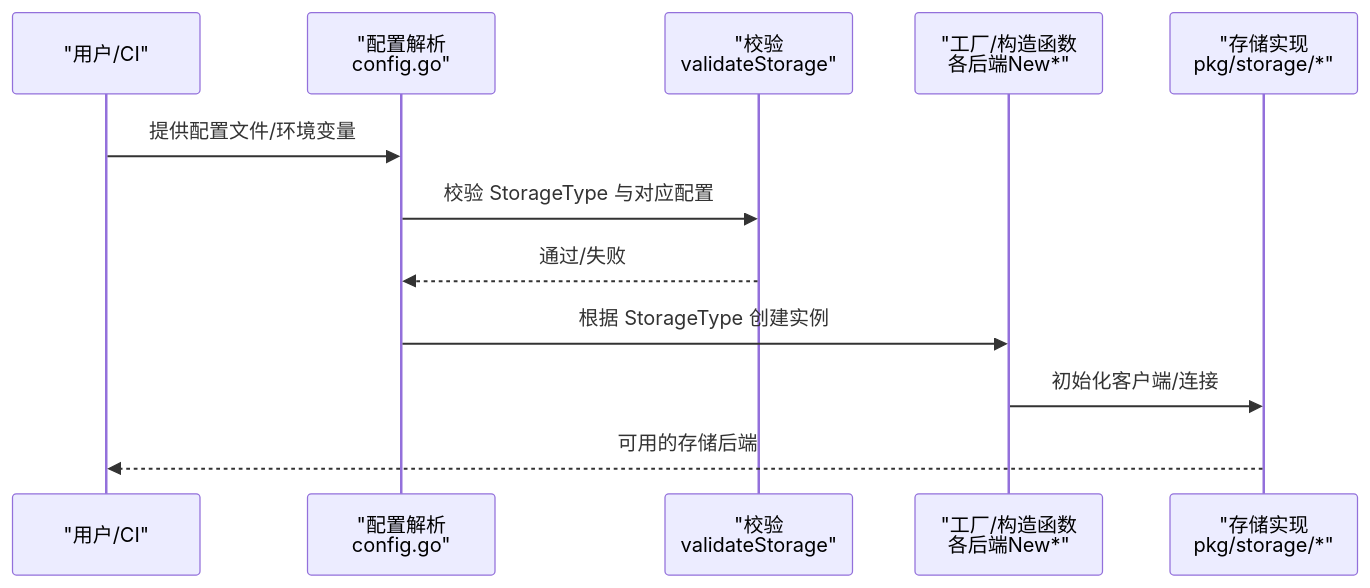
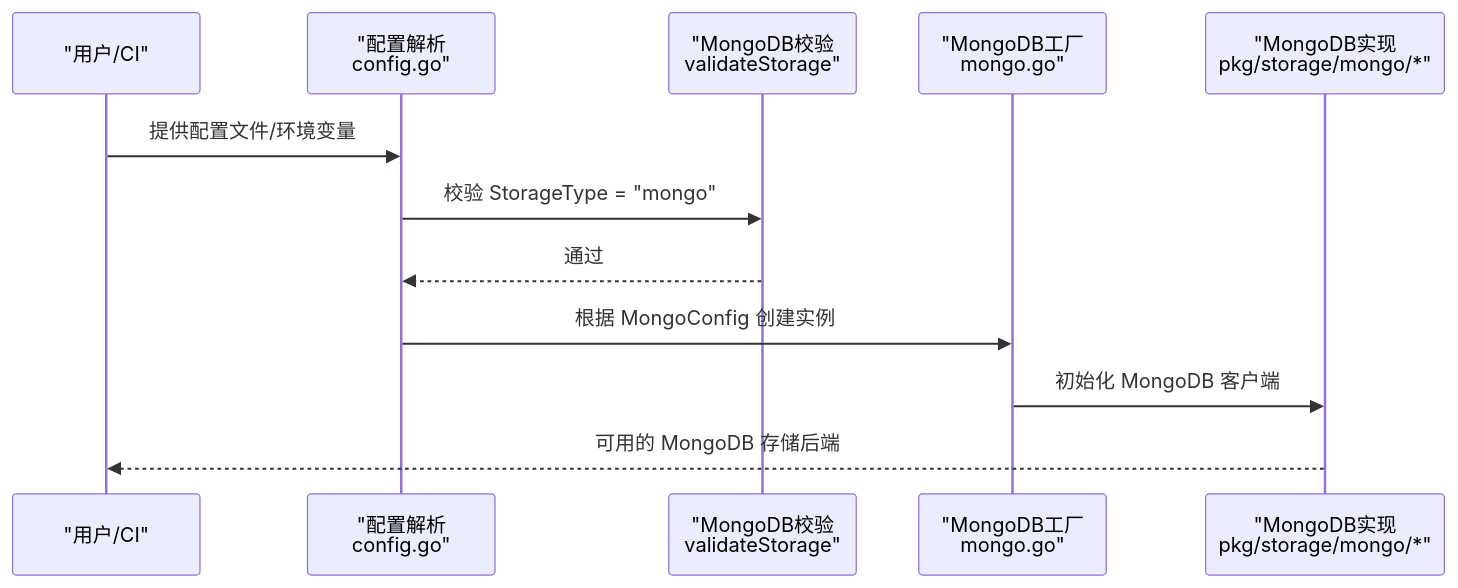
One commit to leimeng-go/athens changed the second of 4 diagrams in .qoder/repowiki/zh/content/配置参考/存储后端配置/存储后端配置.md. Above: the diagram before and after it, drawn with Mermaid. The commit also changed other lines of this file and 14 other files, not shown here.

````diff
--- a/.qoder/repowiki/zh/content/配置参考/存储后端配置/存储后端配置.md
+++ b/.qoder/repowiki/zh/content/配置参考/存储后端配置/存储后端配置.md
@@ -87,14 +74,14 @@
 ```mermaid
 sequenceDiagram
 participant U as "用户/CI"
 participant CFG as "配置解析<br/>config.go"
-participant VAL as "校验<br/>validateStorage"
-participant FAC as "工厂/构造函数<br/>各后端New*"
-participant IMPL as "存储实现<br/>pkg/storage/*"
+participant VAL as "MongoDB校验<br/>validateStorage"
+participant FAC as "MongoDB工厂<br/>mongo.go"
+participant IMPL as "MongoDB实现<br/>pkg/storage/mongo/*"
 U->>CFG : 提供配置文件/环境变量
-CFG->>VAL : 校验 StorageType 与对应配置
-VAL-->>CFG : 通过/失败
-CFG->>FAC : 根据 StorageType 创建实例
-FAC->>IMPL : 初始化客户端/连接
-IMPL-->>U : 可用的存储后端
+CFG->>VAL : 校验 StorageType = "mongo"
+VAL-->>CFG : 通过
+CFG->>FAC : 根据 MongoConfig 创建实例
+FAC->>IMPL : 初始化 MongoDB 客户端
+IMPL-->>U : 可用的 MongoDB 存储后端
 ```
````
